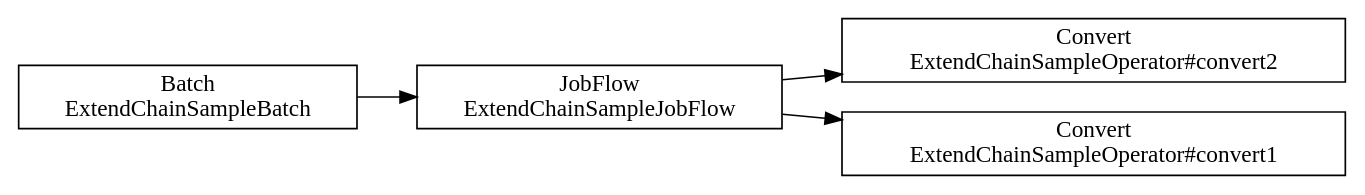
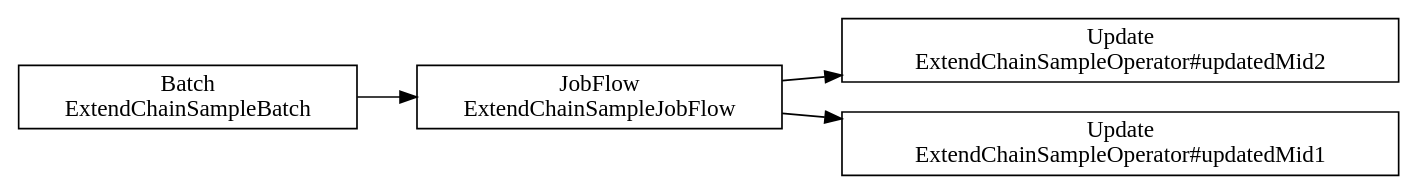
The diagram in target/batchc/ecsBatch/opt/dsl-analysis/batch/original-structure.dot (ironpeace/AsakusaExtendChainSample), drawn with Graphviz before and after one commit. The commit also changed 34 other files, not shown here.

```diff
--- a/target/batchc/ecsBatch/opt/dsl-analysis/batch/original-structure.dot
+++ b/target/batchc/ecsBatch/opt/dsl-analysis/batch/original-structure.dot
@@ -1,10 +1,10 @@
 digraph {
     rankdir = LR;
-    "f02fdefc-b370-4db9-94f8-8fc2d9d3693b" [shape=box, label="Batch\nExtendChainSampleBatch"];
-    "806f5194-995d-431b-a068-5b39d115286f" [shape=box, label="JobFlow\nExtendChainSampleJobFlow"];
-    "b7fb275f-4b81-403a-a2b9-94346ceb5b90" [shape=box, label="Convert\nExtendChainSampleOperator#convert2"];
-    "806f5194-995d-431b-a068-5b39d115286f" -> "b7fb275f-4b81-403a-a2b9-94346ceb5b90";
-    "66c2e212-2a57-44c1-ab15-b92132abc19f" [shape=box, label="Convert\nExtendChainSampleOperator#convert1"];
-    "806f5194-995d-431b-a068-5b39d115286f" -> "66c2e212-2a57-44c1-ab15-b92132abc19f";
-    "f02fdefc-b370-4db9-94f8-8fc2d9d3693b" -> "806f5194-995d-431b-a068-5b39d115286f";
+    "cdc42cd6-7ae5-461e-8303-44eb0551817a" [shape=box, label="Batch\nExtendChainSampleBatch"];
+    "344e1f28-0b2a-45c4-8eed-be318eb2a4ef" [shape=box, label="JobFlow\nExtendChainSampleJobFlow"];
+    "7a339ca6-d2be-4fee-9d12-68197ad14268" [shape=box, label="Update\nExtendChainSampleOperator#updatedMid2"];
+    "344e1f28-0b2a-45c4-8eed-be318eb2a4ef" -> "7a339ca6-d2be-4fee-9d12-68197ad14268";
+    "08cfb932-dba7-4e23-bd27-1246afb19cae" [shape=box, label="Update\nExtendChainSampleOperator#updatedMid1"];
+    "344e1f28-0b2a-45c4-8eed-be318eb2a4ef" -> "08cfb932-dba7-4e23-bd27-1246afb19cae";
+    "cdc42cd6-7ae5-461e-8303-44eb0551817a" -> "344e1f28-0b2a-45c4-8eed-be318eb2a4ef";
 }
```
